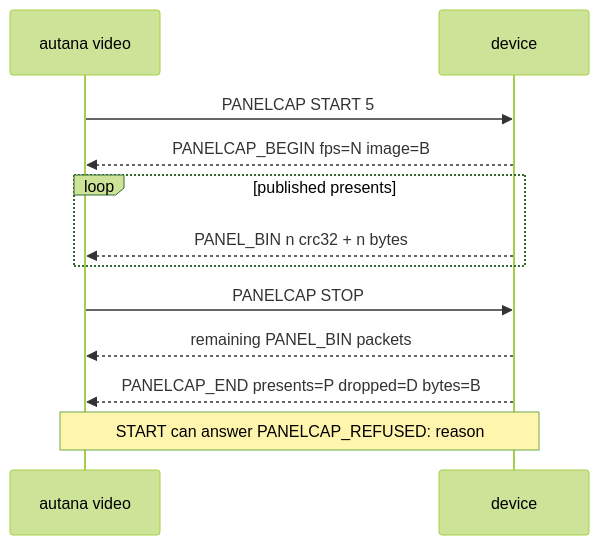
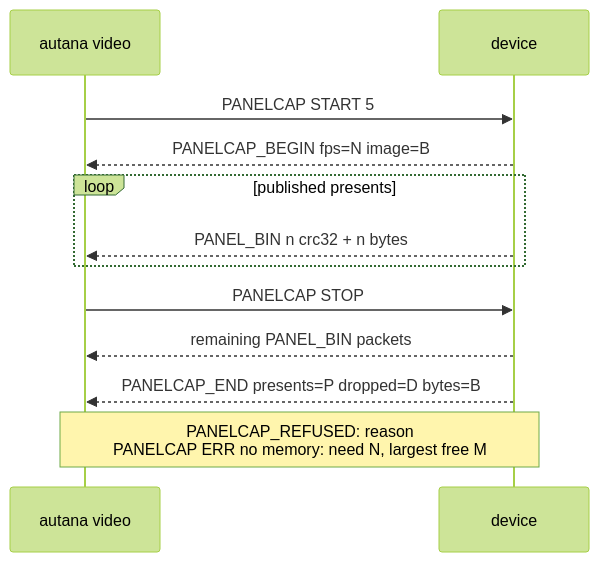
Before and after one commit to jose-villegas/autana: the first of 4 diagrams in docs/tools/Panel-Video.md, drawn with Mermaid (forest theme). The commit also changed other lines of this file and 19 other files, not shown here.

````diff
--- a/docs/tools/Panel-Video.md
+++ b/docs/tools/Panel-Video.md
@@ -7,14 +7,14 @@
 ```mermaid
 sequenceDiagram
     participant H as autana video
     participant D as device
     H->>D: PANELCAP START 5
     D-->>H: PANELCAP_BEGIN fps=N image=B
     loop published presents
         D-->>H: PANEL_BIN n crc32 + n bytes
     end
     H->>D: PANELCAP STOP
     D-->>H: remaining PANEL_BIN packets
     D-->>H: PANELCAP_END presents=P dropped=D bytes=B
-    Note over H,D: START can answer PANELCAP_REFUSED: reason
+    Note over H,D: PANELCAP_REFUSED: reason<br/>PANELCAP ERR no memory: need N, largest free M
 ```
````
